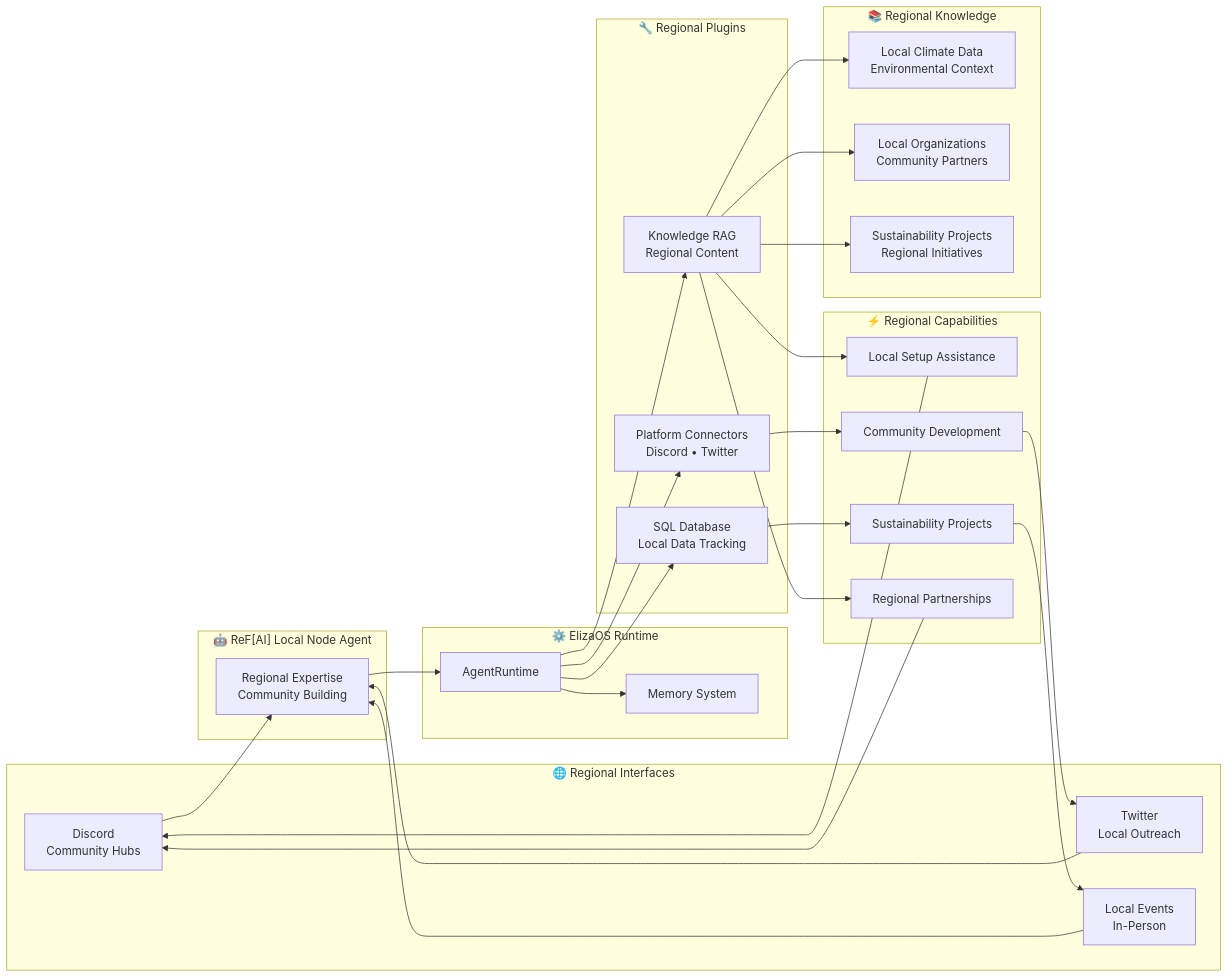
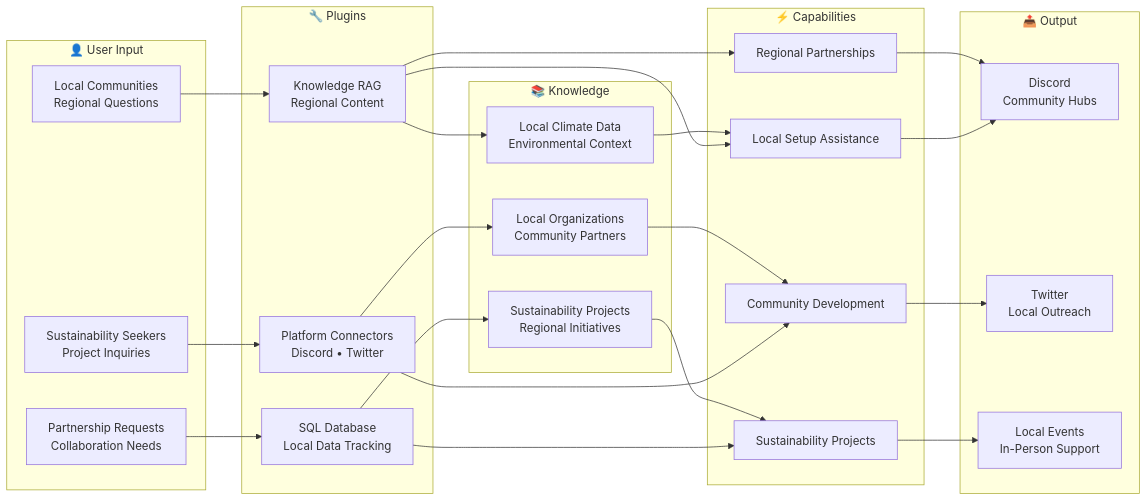
One commit to ReFiDAO/regen_eliza-refi_dao changed the fourth of 4 diagrams in README.md. Above: the diagram before and after it, drawn with Mermaid. The commit also changed other lines of this file, not shown here.

First line of the commit message:
feat: Streamline architecture diagrams in README.md

````diff
--- a/README.md
+++ b/README.md
@@ -272,67 +229,61 @@
 ```mermaid
 graph LR
-    %% External Interfaces - Regional Focus
-    subgraph "🌐 Regional Interfaces"
-        REG1["Discord<br/>Community Hubs"]
-        REG2["Twitter<br/>Local Outreach"]
-        REG3["Local Events<br/>In-Person"]
+    %% User Input
+    subgraph "👤 User Input"
+        USR1["Local Communities<br/>Regional Questions"]
+        USR2["Sustainability Seekers<br/>Project Inquiries"]
+        USR3["Partnership Requests<br/>Collaboration Needs"]
     end
     
-    %% ReF[AI] Local Node Agent
-    subgraph "🤖 ReF[AI] Local Node Agent"
-        LNA["Regional Expertise<br/>Community Building"]
+    %% Plugins
+    subgraph "🔧 Plugins"
+        PLG1["Knowledge RAG<br/>Regional Content"]
+        PLG2["Platform Connectors<br/>Discord • Twitter"]
+        PLG3["SQL Database<br/>Local Data Tracking"]
     end
     
-    %% ElizaOS Runtime
-    subgraph "⚙️ ElizaOS Runtime"
-        RT2["AgentRuntime"]
-        MEM2["Memory System"]
+    %% Capabilities
+    subgraph "⚡ Capabilities"
+        CAP1["Local Setup Assistance"]
+        CAP2["Community Development"]
+        CAP3["Sustainability Projects"]
+        CAP4["Regional Partnerships"]
     end
     
-    %% Regional Plugins
-    subgraph "🔧 Regional Plugins"
-        PLG4["Knowledge RAG<br/>Regional Content"]
-        PLG5["Platform Connectors<br/>Discord • Twitter"]
-        PLG6["SQL Database<br/>Local Data Tracking"]
+    %% Knowledge
+    subgraph "📚 Knowledge"
+        KB1["Local Climate Data<br/>Environmental Context"]
+        KB2["Local Organizations<br/>Community Partners"]
+        KB3["Sustainability Projects<br/>Regional Initiatives"]
     end
     
-    %% Regional Capabilities
-    subgraph "⚡ Regional Capabilities"
-        CAP5["Local Setup Assistance"]
-        CAP6["Community Development"]
-        CAP7["Sustainability Projects"]
-        CAP8["Regional Partnerships"]
-    end
-    
-    %% Regional Knowledge
-    subgraph "📚 Regional Knowledge"
-        KB4["Local Climate Data<br/>Environmental Context"]
-        KB5["Local Organizations<br/>Community Partners"]
-        KB6["Sustainability Projects<br/>Regional Initiatives"]
+    %% Output
+    subgraph "📤 Output"
+        OUT1["Discord<br/>Community Hubs"]
+        OUT2["Twitter<br/>Local Outreach"]
+        OUT3["Local Events<br/>In-Person Support"]
     end
     
     %% Data Flow
-    REG1 --> LNA
-    REG2 --> LNA
-    REG3 --> LNA
+    USR1 --> PLG1
+    USR2 --> PLG2
+    USR3 --> PLG3
     
-    LNA --> RT2
-    RT2 --> PLG4
-    RT2 --> PLG5
-    RT2 --> PLG6
-    RT2 --> MEM2
+    PLG1 --> KB1
+    PLG2 --> KB2
+    PLG3 --> KB3
     
-    PLG4 --> KB4
-    PLG4 --> KB5
-    PLG4 --> KB6
+    PLG1 --> CAP1
+    PLG2 --> CAP2
+    PLG3 --> CAP3
+    PLG1 --> CAP4
     
-    PLG4 --> CAP5
-    PLG5 --> CAP6
-    PLG6 --> CAP7
-    PLG4 --> CAP8
+    KB1 --> CAP1
+    KB2 --> CAP2
+    KB3 --> CAP3
     
-    CAP5 --> REG1
-    CAP6 --> REG2
-    CAP7 --> REG3
-    CAP8 --> REG1
+    CAP1 --> OUT1
+    CAP2 --> OUT2
+    CAP3 --> OUT3
+    CAP4 --> OUT1
 ```
````
